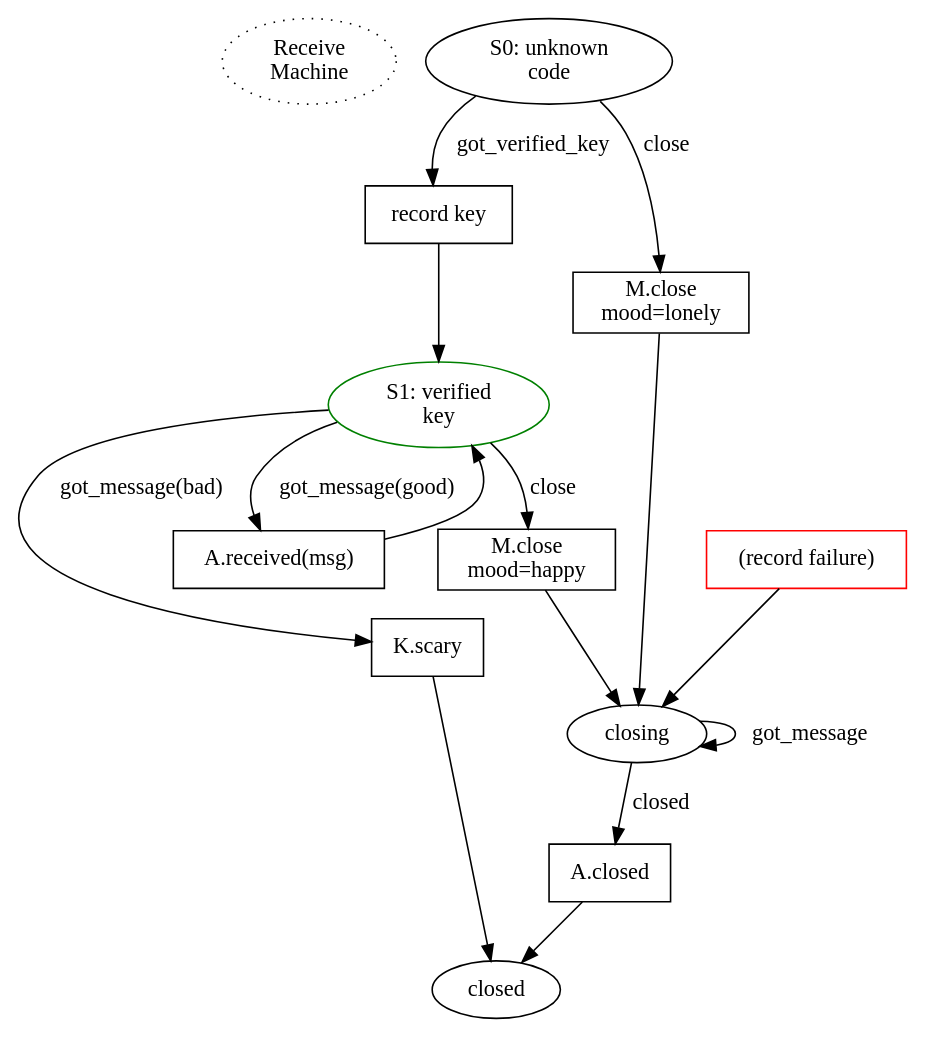
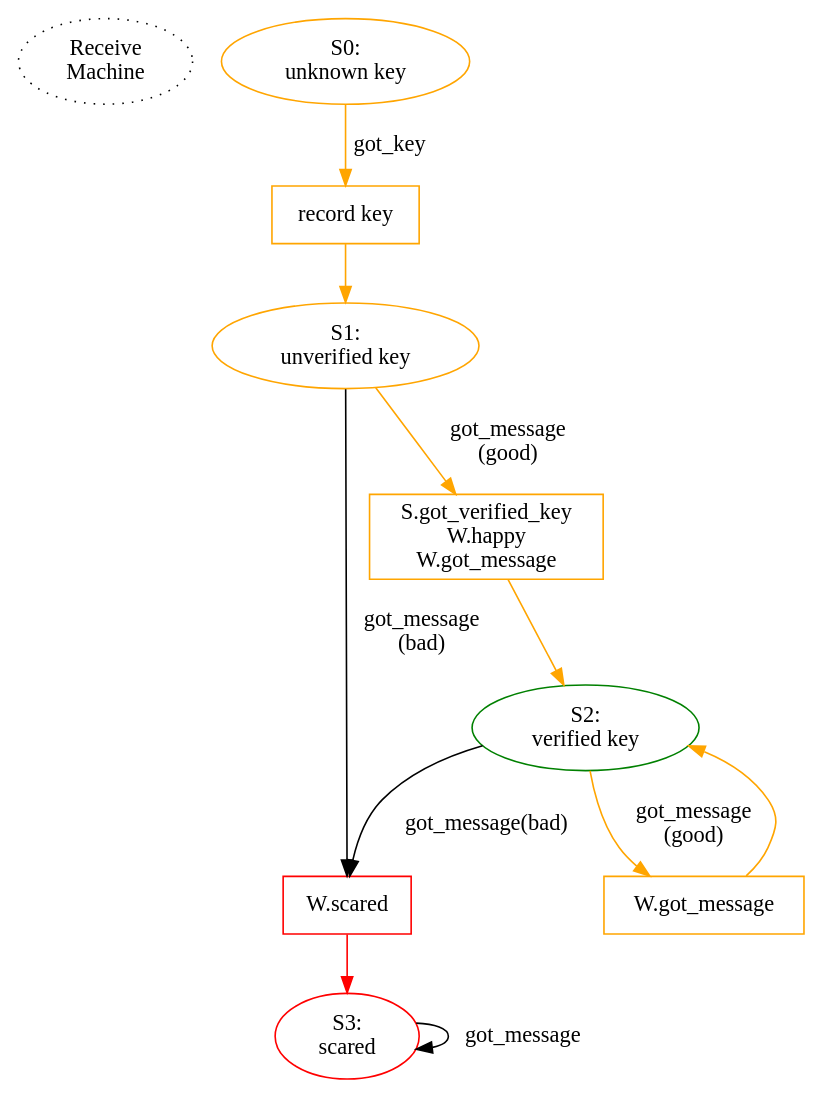
Before and after one commit to magic-wormhole/magic-wormhole: the diagram in docs/receive.dot, drawn with Graphviz. The commit also changed 7 other files, not shown here.

```diff
--- a/docs/receive.dot
+++ b/docs/receive.dot
@@ -1,49 +1,39 @@
 digraph {
 
         /* could shave a RTT by committing to the nameplate early, before
         finishing the rest of the code input. While the user is still
         typing/completing the code, we claim the nameplate, open the mailbox,
         and retrieve the peer's PAKE message. Then as soon as the user
         finishes entering the code, we build our own PAKE message, send PAKE,
         compute the key, send VERSION. Starting from the Return, this saves
         two round trips. OTOH it adds consequences to hitting Tab. */
 
         start [label="Receive\nMachine" style="dotted"]
 
-        S0 [label="S0: unknown\ncode"]
-        S0 -> P0_got_key [label="got_verified_key"]
+        S0 [label="S0:\nunknown key" color="orange"]
+        S0 -> P0_got_key [label="got_key" color="orange"]
 
-        P0_got_key [shape="box" label="record key"]
-        P0_got_key -> S1
+        P0_got_key [shape="box" label="record key" color="orange"]
+        P0_got_key -> S1 [color="orange"]
 
-        S0 -> P_mood_lonely [label="close"]
+        S1 [label="S1:\nunverified key" color="orange"]
+        S1 -> P_mood_scary [label="got_message\n(bad)"]
+        S1 -> P1_accept_msg [label="got_message\n(good)" color="orange"]
+        P1_accept_msg [shape="box" label="S.got_verified_key\nW.happy\nW.got_message"
+                       color="orange"]
+        P1_accept_msg -> S2 [color="orange"]
 
-        S1 [label="S1: verified\nkey" color="green"]
+        S2 [label="S2:\nverified key" color="green"]
 
-        S1 -> P_mood_scary [label="got_message(bad)"]
-        S1 -> P1_accept_msg [label="got_message(good)"]
-        S1 -> P_mood_happy [label="close"]
+        S2 -> P2_accept_msg [label="got_message\n(good)" color="orange"]
+        S2 -> P_mood_scary [label="got_message(bad)"]
 
-        P1_accept_msg [label="A.received(msg)" shape="box"]
-        P1_accept_msg -> S1
+        P2_accept_msg [label="W.got_message" shape="box" color="orange"]
+        P2_accept_msg -> S2 [color="orange"]
 
-        P_mood_scary [shape="box" label="K.scary"]
-        P_mood_scary -> S_closed
+        P_mood_scary [shape="box" label="W.scared" color="red"]
+        P_mood_scary -> S3 [color="red"]
 
-        P_notify_failure [shape="box" label="(record failure)" color="red"]
-        P_notify_failure -> S_closing
-
-        P_mood_happy [shape="box" label="M.close\nmood=happy"]
-        P_mood_happy -> S_closing
-
-        P_mood_lonely [shape="box" label="M.close\nmood=lonely"]
-        P_mood_lonely -> S_closing
-
-        S_closing [label="closing"]
-        S_closing -> P_closed [label="closed"]
-        S_closing -> S_closing [label="got_message"]
-
-        P_closed [shape="box" label="A.closed"]
-        P_closed -> S_closed
-        S_closed [label="closed"]
+        S3 [label="S3:\nscared" color="red"]
+        S3 -> S3 [label="got_message"]
 }
```
